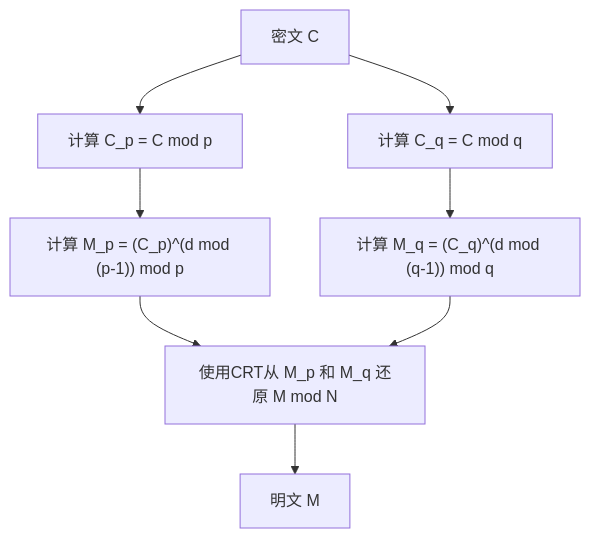
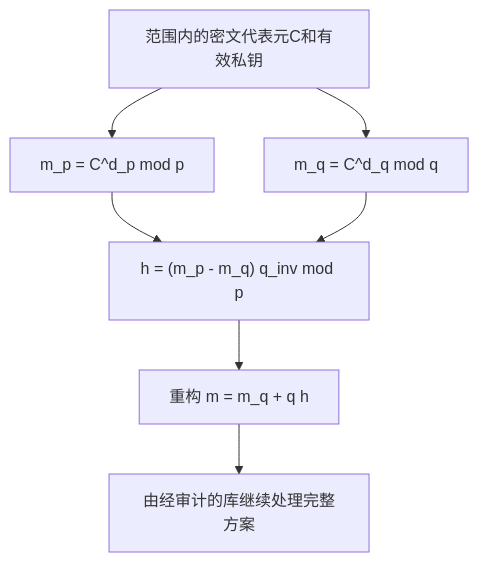
The diagram in content/post/chinese-remainder-theorem/index.zh-cn.md (kenjinote/blog), drawn with Mermaid before and after one commit. The commit also changed other lines of this file and 7 other files, not shown here.

````diff
--- a/content/post/chinese-remainder-theorem/index.zh-cn.md
+++ b/content/post/chinese-remainder-theorem/index.zh-cn.md
@@ -128,10 +133,9 @@
 ```mermaid
-graph TD
-    A["密文 C"] --> B["计算 C_p = C mod p"]
-    A --> C["计算 C_q = C mod q"]
-    B --> D["计算 M_p = (C_p)^(d mod (p-1)) mod p"]
-    C --> E["计算 M_q = (C_q)^(d mod (q-1)) mod q"]
-    D --> F["使用CRT从 M_p 和 M_q 还原 M mod N"]
-    E --> F
-    F --> G["明文 M"]
+flowchart TD
+    A["范围内的密文代表元C和有效私钥"] --> B["m_p = C^d_p mod p"]
+    A --> C["m_q = C^d_q mod q"]
+    B --> D["h = (m_p - m_q) q_inv mod p"]
+    C --> D
+    D --> E["重构 m = m_q + q h"]
+    E --> F["由经审计的库继续处理完整方案"]
 ```
````
